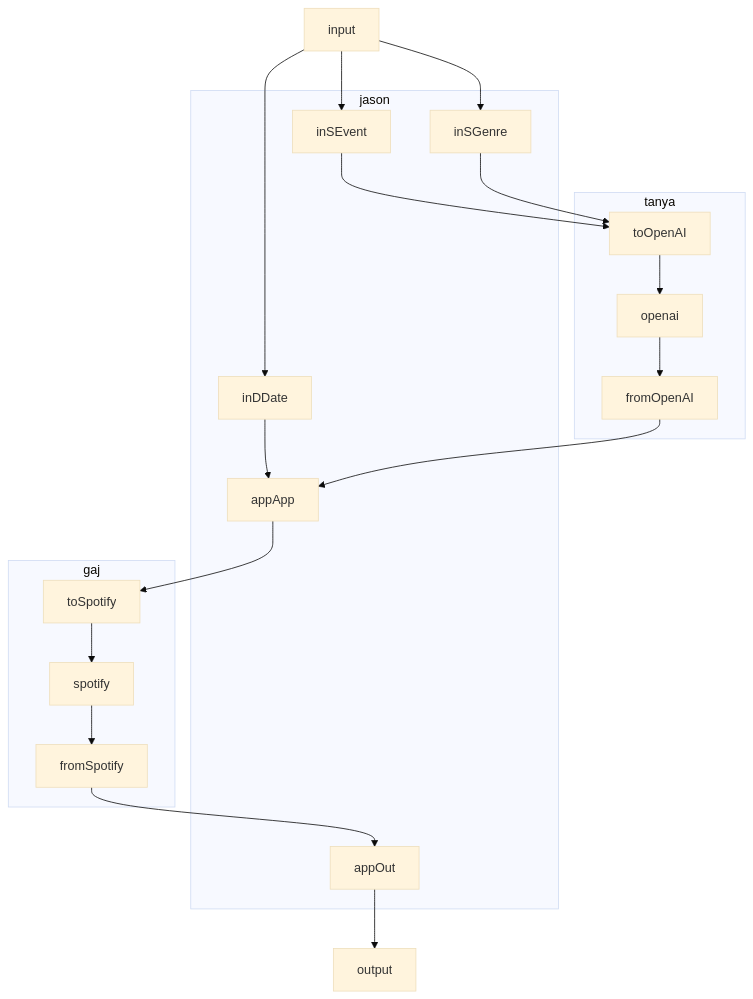
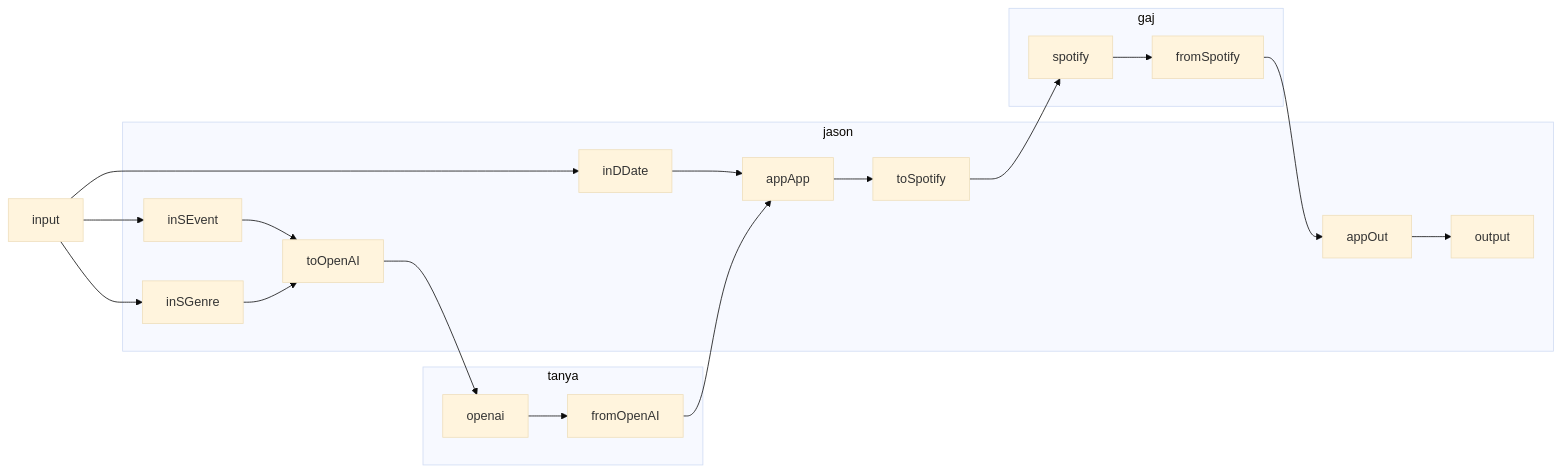
The diagram in docs/ROUTES.md (fac30/PRO03_Gaj_Jason_Max_Tania), drawn with Mermaid (base theme) before and after one commit. The commit also changed 2 other files, not shown here.

Commit message:
documentation

````diff
--- a/docs/ROUTES.md
+++ b/docs/ROUTES.md
@@ -3,38 +3,22 @@
 ```mermaid
-    graph TD
-
-    input
+    graph LR
+    input --> inSEvent & inSGenre & inDDate
     output
-    
     subgraph jason
-        inSEvent
-        inSGenre
-        inDDate
-        appApp
-        appOut
+        inSEvent --> toOpenAI
+        inSGenre --> toOpenAI
+        inDDate --> appApp
+        appApp --> toSpotify
+        appOut --> output
     end
-
     subgraph tanya
-        toOpenAI
-        openai
-        fromOpenAI
+        toOpenAI --> openai
+        openai --> fromOpenAI
+        fromOpenAI --> appApp
     end
-
     subgraph gaj
-        toSpotify
-        spotify
-        fromSpotify
+        toSpotify --> spotify
+        spotify --> fromSpotify
+        fromSpotify --> appOut
     end
-
-
-    input --> inSEvent & inSGenre & inDDate
-    inSEvent & inSGenre --> toOpenAI
-    toOpenAI --> openai
-    openai --> fromOpenAI
-    inDDate & fromOpenAI --> appApp
-    appApp --> toSpotify
-    toSpotify --> spotify
-    spotify --> fromSpotify
-    fromSpotify --> appOut
-    appOut --> output
 ```
````
